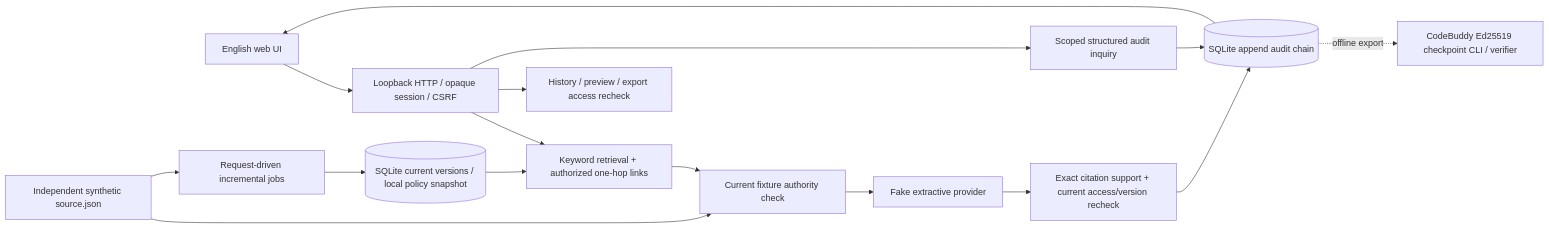
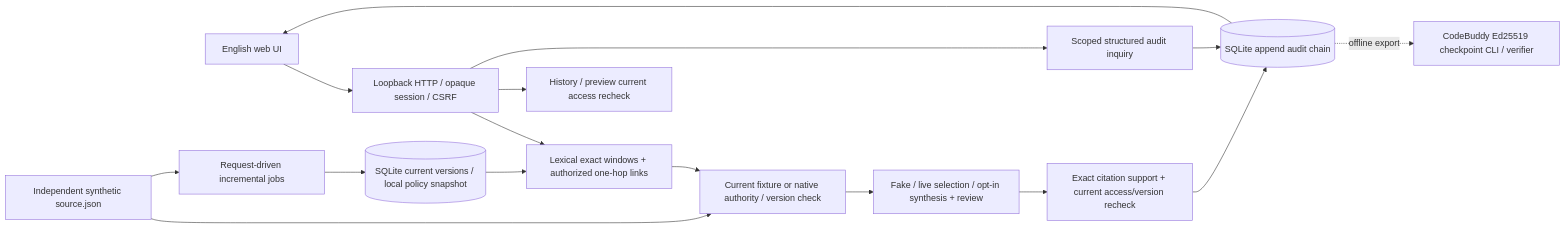
Before and after one commit to Stone441/AI-Bang2: the diagram in docs/IMPLEMENTED_ARCHITECTURE.md, drawn with Mermaid. The commit also changed other lines of this file and 13 other files, not shown here.

````diff
--- a/docs/IMPLEMENTED_ARCHITECTURE.md
+++ b/docs/IMPLEMENTED_ARCHITECTURE.md
@@ -5,18 +9,18 @@
 ```mermaid
 flowchart LR
   UI[English web UI] --> HTTP[Loopback HTTP / opaque session / CSRF]
-  HTTP --> Query[Keyword retrieval + authorized one-hop links]
-  Query --> ACL[Current fixture authority check]
+  HTTP --> Query[Lexical exact windows + authorized one-hop links]
+  Query --> ACL[Current fixture or native authority / version check]
   Index[(SQLite current versions / local policy snapshot)] --> Query
   Source[Independent synthetic source.json] --> ACL
   Source --> Sync[Request-driven incremental jobs]
   Sync --> Index
-  ACL --> Model[Fake extractive provider]
+  ACL --> Model[Fake / live selection / opt-in synthesis + review]
   Model --> Guard[Exact citation support + current access/version recheck]
   Guard --> Audit[(SQLite append audit chain)]
   Audit --> UI
-  HTTP --> History[History / preview / export access recheck]
+  HTTP --> History[History / preview current access recheck]
   HTTP --> Inquiry[Scoped structured audit inquiry]
   Inquiry --> Audit
   Audit -. offline export .-> Signature[CodeBuddy Ed25519 checkpoint CLI / verifier]
 ```
````
